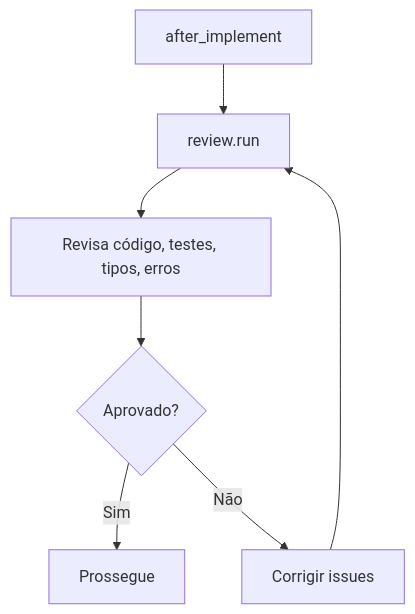
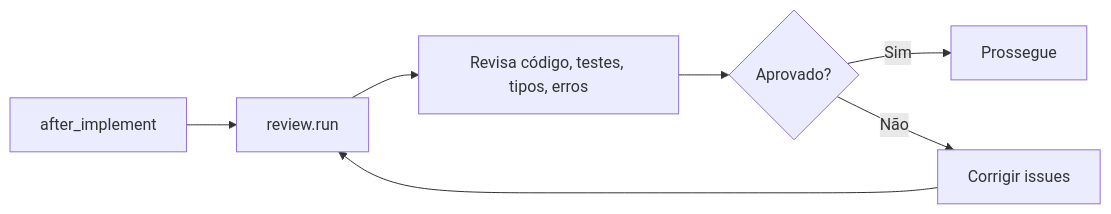
Before and after one commit to wagner-sousa/spec-kit-docker: the sixth of 12 diagrams in README.md, drawn with Mermaid. The commit also changed other lines of this file, not shown here.

````diff
--- a/README.md
+++ b/README.md
@@ -153,9 +191,9 @@
 ```mermaid
-graph TD
+graph LR
     A[after_implement] --> B[review.run]
     B --> C[Revisa código, testes, tipos, erros]
     C --> D{Aprovado?}
     D -->|Sim| E[Prossegue]
     D -->|Não| F[Corrigir issues]
     F --> B
 ```
````
